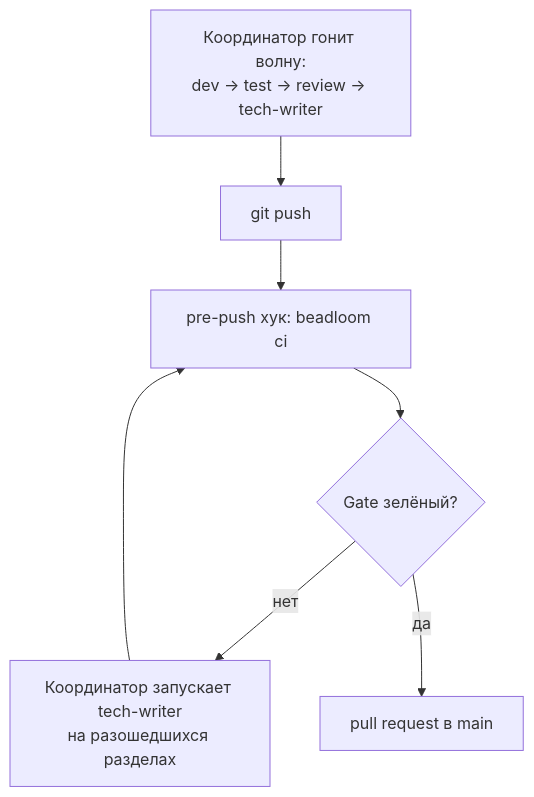
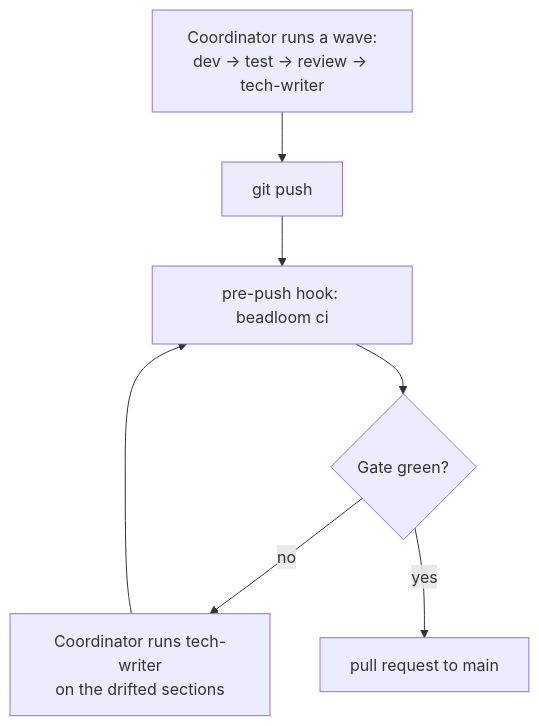
One commit to zoologov/beadloom changed the second of 10 diagrams in docs/guides/multi-agent-development.md. Above: the diagram before and after it, drawn with Mermaid. The commit also changed other lines of this file and 134 other files, not shown here.

````diff
--- a/docs/guides/multi-agent-development.md
+++ b/docs/guides/multi-agent-development.md
@@ -105,13 +107,13 @@
 ```mermaid
 flowchart TB
-  WORK["Координатор гонит волну:<br/>dev → test → review → tech-writer"]
+  WORK["Coordinator runs a wave:<br/>dev → test → review → tech-writer"]
   PUSH["git push"]
-  GATE["pre-push хук: beadloom ci"]
-  RED{"Gate зелёный?"}
-  FIX["Координатор запускает tech-writer<br/>на разошедшихся разделах"]
-  PR["pull request в main"]
+  GATE["pre-push hook: beadloom ci"]
+  RED{"Gate green?"}
+  FIX["Coordinator runs tech-writer<br/>on the drifted sections"]
+  PR["pull request to main"]
 
   WORK --> PUSH --> GATE --> RED
-  RED -->|нет| FIX --> GATE
-  RED -->|да| PR
+  RED -->|no| FIX --> GATE
+  RED -->|yes| PR
 ```
````
